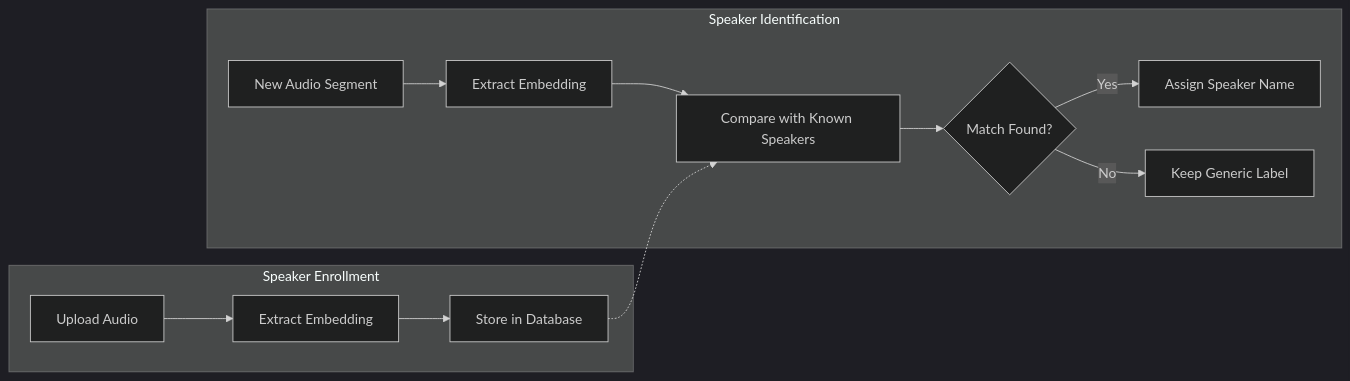
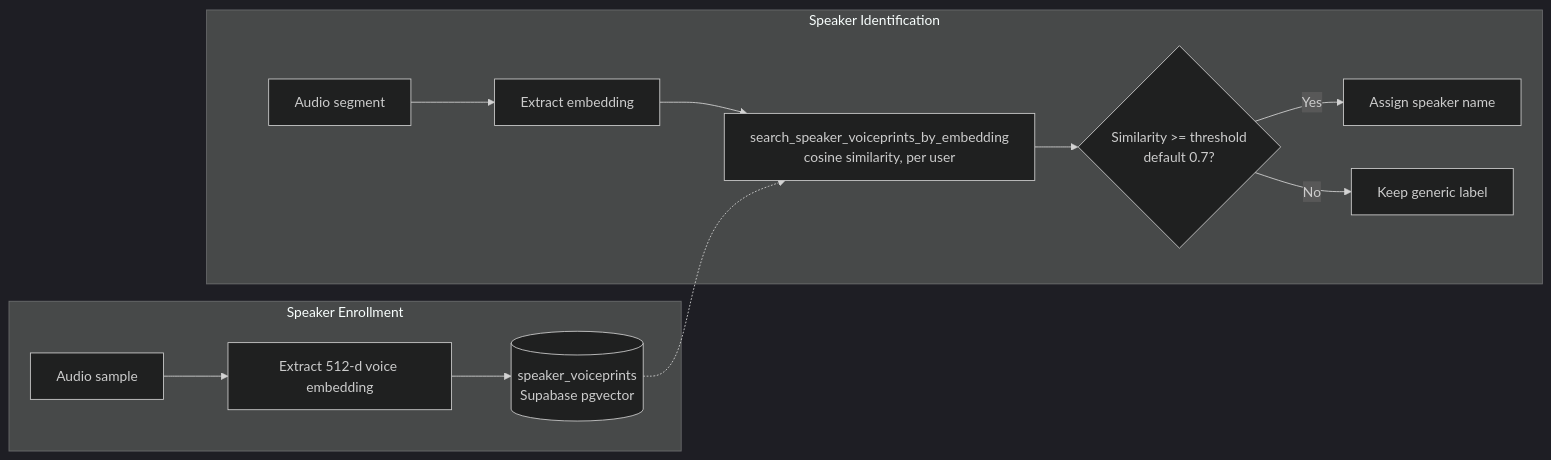
One commit to Ugur22/ai-subtitles changed the fourth of 4 diagrams in docs/ARCHITECTURE.md. Above: the diagram before and after it, drawn with Mermaid (dark theme). The commit also changed other lines of this file and 1 other file, not shown here.

First line of the commit message:
Refresh README and ARCHITECTURE docs to match the current system

````diff
--- a/docs/ARCHITECTURE.md
+++ b/docs/ARCHITECTURE.md
@@ -153,17 +142,17 @@
 ```mermaid
 flowchart LR
     subgraph Enrollment["Speaker Enrollment"]
-        A[Upload Audio] --> B[Extract Embedding]
-        B --> C[Store in Database]
+        A[Audio sample] --> B[Extract 512-d voice embedding]
+        B --> C[(speaker_voiceprints<br/>Supabase pgvector)]
     end
 
     subgraph Recognition["Speaker Identification"]
-        D[New Audio Segment] --> E[Extract Embedding]
-        E --> F[Compare with Known Speakers]
-        F --> G{Match Found?}
-        G -->|Yes| H[Assign Speaker Name]
-        G -->|No| I[Keep Generic Label]
+        D[Audio segment] --> E[Extract embedding]
+        E --> F[search_speaker_voiceprints_by_embedding<br/>cosine similarity, per user]
+        F --> G{Similarity >= threshold<br/>default 0.7?}
+        G -->|Yes| H[Assign speaker name]
+        G -->|No| I[Keep generic label]
     end
 
     C -.-> F
 ```
````
